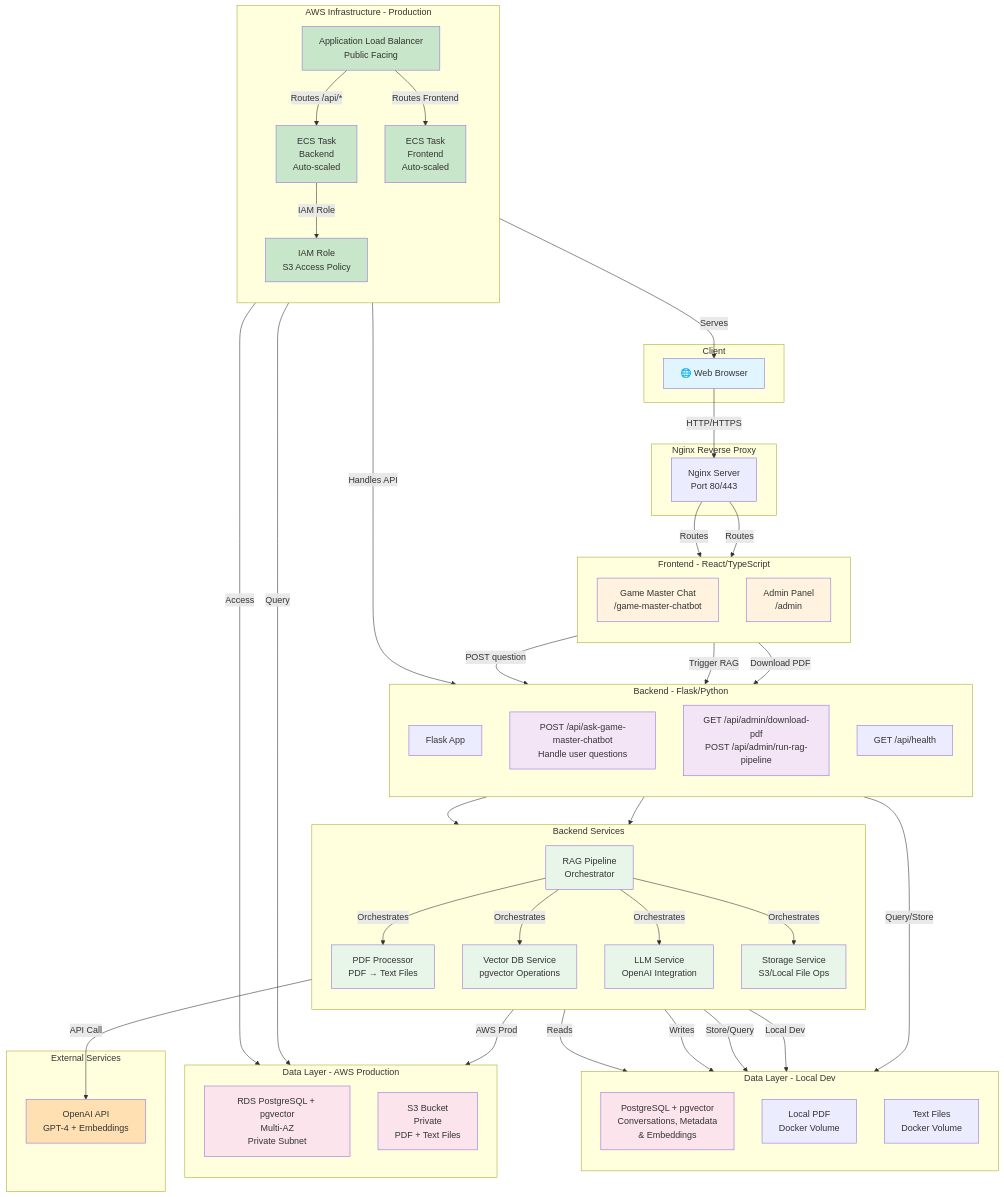
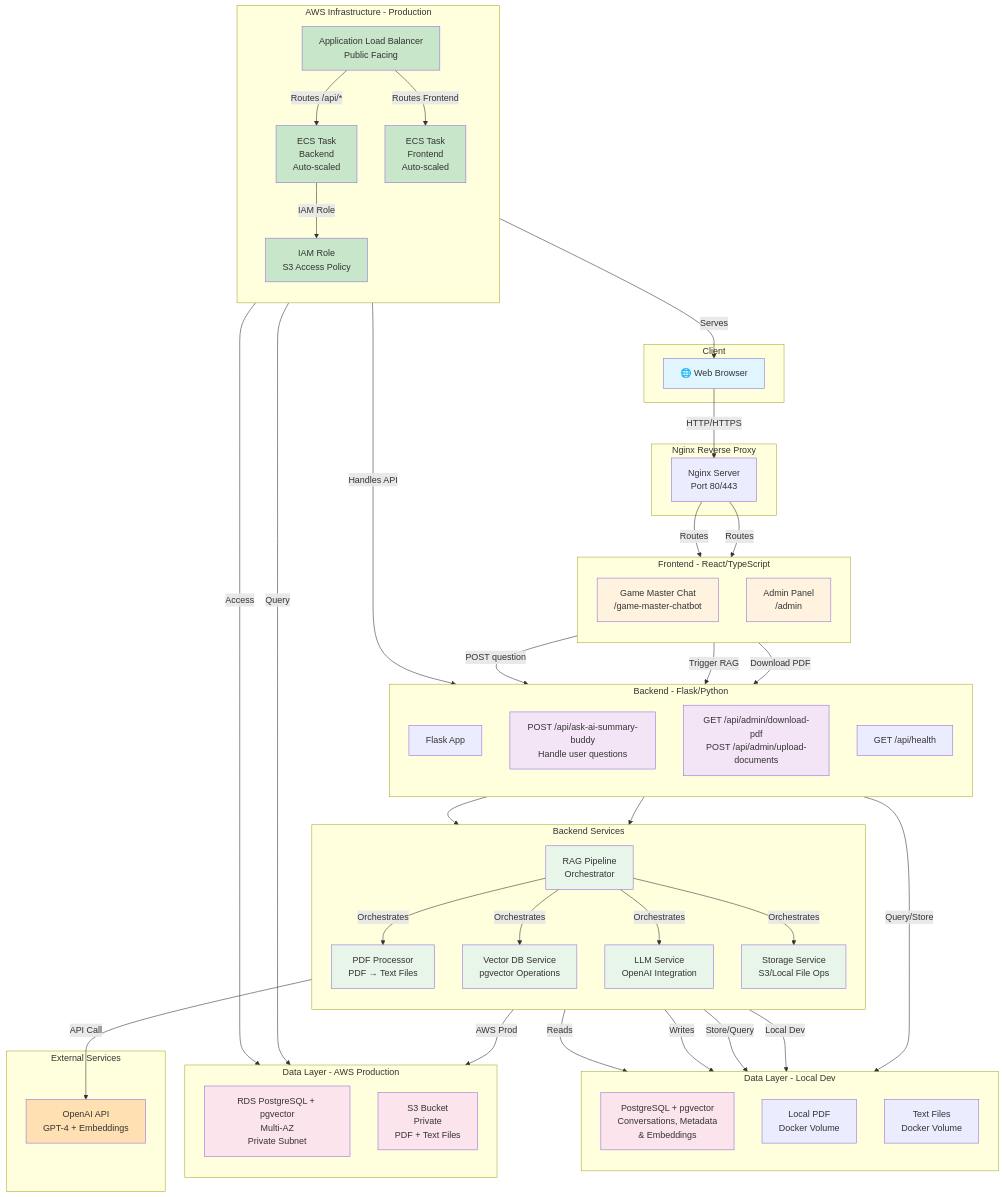
Before and after one commit to scottglenblanch/summary-buddy-chatbot: the first of 2 diagrams in ARCHITECTURE.md, drawn with Mermaid. The commit also changed other lines of this file and 32 other files, not shown here.

```diff
--- a/ARCHITECTURE.md
+++ b/ARCHITECTURE.md
@@ -21,8 +21,8 @@
     subgraph "Backend - Flask/Python"
         direction TB
         App["Flask App"]
-        ChatAPI["POST /api/ask-game-master-chatbot<br/>Handle user questions"]
-        AdminAPI["GET /api/admin/download-pdf<br/>POST /api/admin/run-rag-pipeline"]
+        ChatAPI["POST /api/ask-ai-summary-buddy<br/>Handle user questions"]
+        AdminAPI["GET /api/admin/download-pdf<br/>POST /api/admin/upload-documents"]
         HealthAPI["GET /api/health"]
     end
 
```
